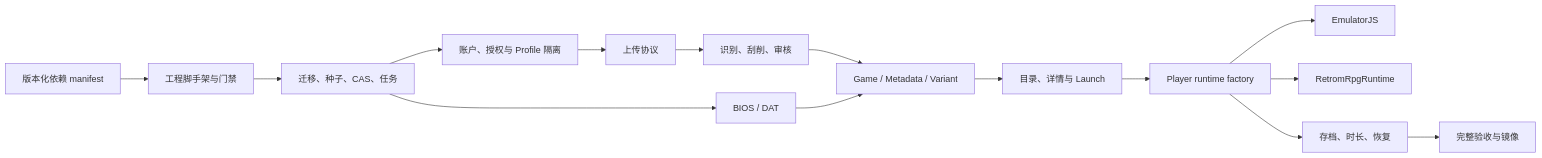
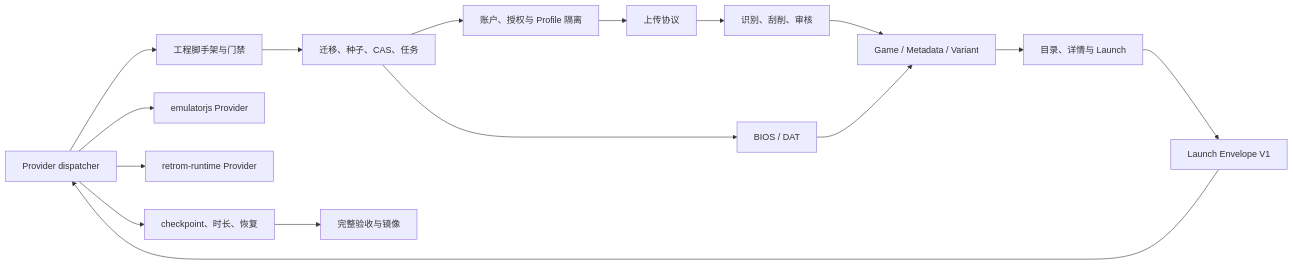
Before and after one commit to retrom-project/retrom: the diagram in docs/implementation-plan.md, drawn with Mermaid. The commit also changed other lines of this file and 795 other files, not shown here.

First line of the commit message:
refactor: unify Runtime Providers and simplify host launch architecture (#19)

````diff
--- a/docs/implementation-plan.md
+++ b/docs/implementation-plan.md
@@ -24,17 +24,18 @@
 ```mermaid
 flowchart LR
     D["版本化依赖 manifest"] --> F["工程脚手架与门禁"]
     F --> S["迁移、种子、CAS、任务"]
     S --> A0["账户、授权与 Profile 隔离"]
     A0 --> U["上传协议"]
     U --> I["识别、刮削、审核"]
     S --> B["BIOS / DAT"]
     I --> G["Game / Metadata / Variant"]
     B --> G
     G --> L["目录、详情与 Launch"]
-    L --> R["Player runtime factory"]
-    R --> E["EmulatorJS"]
-    R --> RR["RetromRpgRuntime"]
-    R --> P["存档、时长、恢复"]
+    L --> R["Launch Envelope V1"]
+    R --> D["Provider dispatcher"]
+    D --> E["emulatorjs Provider"]
+    D --> RR["retrom-runtime Provider"]
+    D --> P["checkpoint、时长、恢复"]
     P --> A["完整验收与镜像"]
 ```
````
